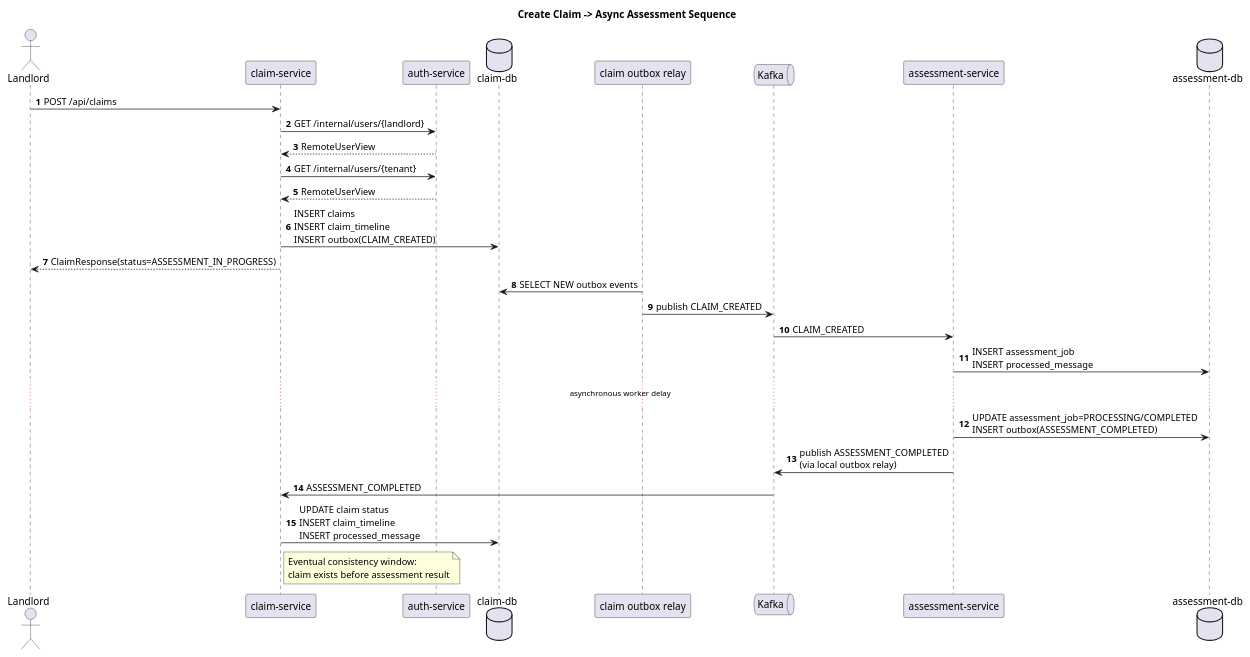
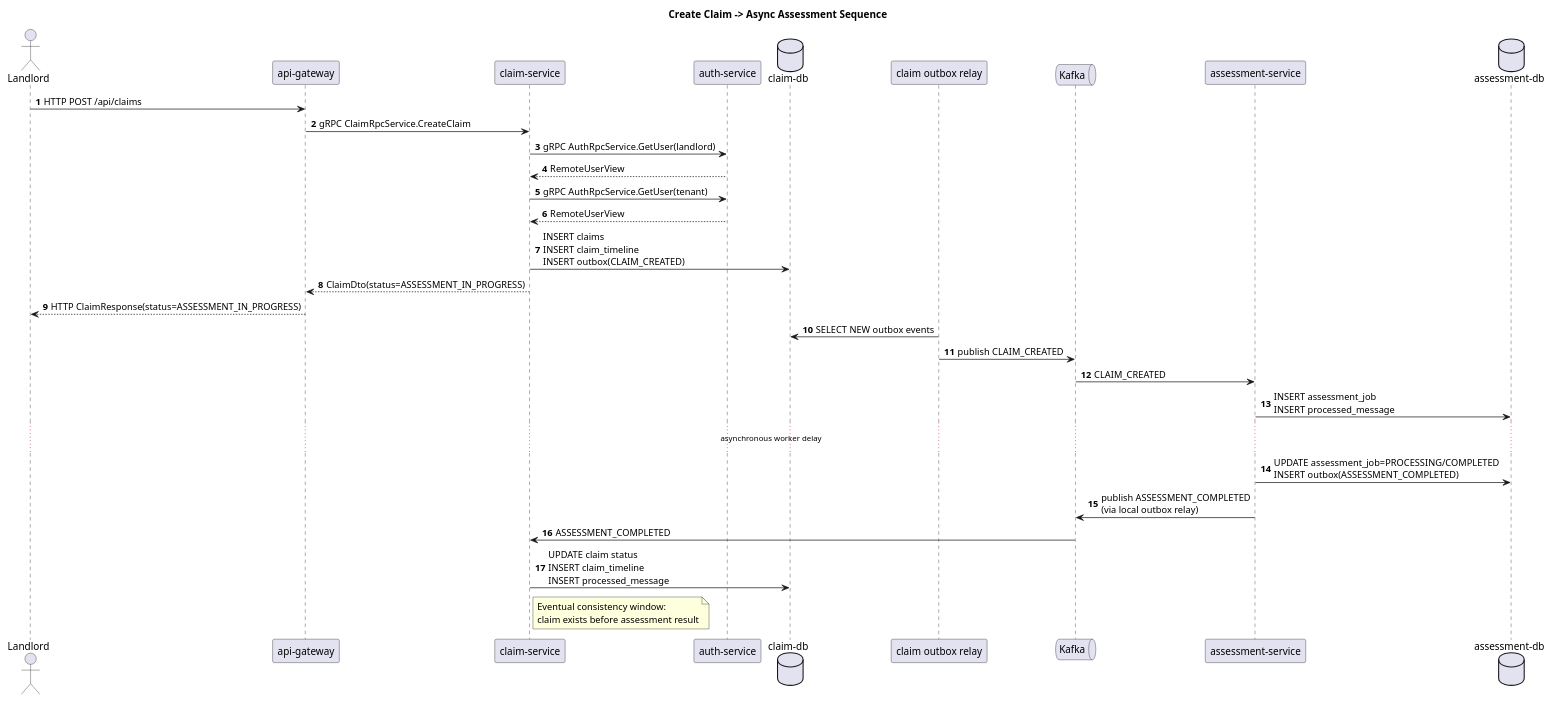
Before and after one commit to r4m63/blps-itmo: the diagram in docs/uml/create-claim-assessment-sequence.puml, drawn with PlantUML. The commit also changed 110 other files, not shown here.

```diff
--- a/docs/uml/create-claim-assessment-sequence.puml
+++ b/docs/uml/create-claim-assessment-sequence.puml
@@ -1,42 +1,45 @@
 @startuml
 title Create Claim -> Async Assessment Sequence
 
 autonumber
 skinparam shadowing false
 
 actor Landlord
+participant "api-gateway" as Gateway
 participant "claim-service" as Claim
 participant "auth-service" as Auth
 database "claim-db" as ClaimDB
 participant "claim outbox relay" as ClaimRelay
 queue "Kafka" as Kafka
 participant "assessment-service" as Assessment
 database "assessment-db" as AssessmentDB
 
-Landlord -> Claim : POST /api/claims
-Claim -> Auth : GET /internal/users/{landlord}
+Landlord -> Gateway : HTTP POST /api/claims
+Gateway -> Claim : gRPC ClaimRpcService.CreateClaim
+Claim -> Auth : gRPC AuthRpcService.GetUser(landlord)
 Auth --> Claim : RemoteUserView
-Claim -> Auth : GET /internal/users/{tenant}
+Claim -> Auth : gRPC AuthRpcService.GetUser(tenant)
 Auth --> Claim : RemoteUserView
 Claim -> ClaimDB : INSERT claims\nINSERT claim_timeline\nINSERT outbox(CLAIM_CREATED)
-Claim --> Landlord : ClaimResponse(status=ASSESSMENT_IN_PROGRESS)
+Claim --> Gateway : ClaimDto(status=ASSESSMENT_IN_PROGRESS)
+Gateway --> Landlord : HTTP ClaimResponse(status=ASSESSMENT_IN_PROGRESS)
 
 ClaimRelay -> ClaimDB : SELECT NEW outbox events
 ClaimRelay -> Kafka : publish CLAIM_CREATED
 
 Kafka -> Assessment : CLAIM_CREATED
 Assessment -> AssessmentDB : INSERT assessment_job\nINSERT processed_message
 
 ... asynchronous worker delay ...
 
 Assessment -> AssessmentDB : UPDATE assessment_job=PROCESSING/COMPLETED\nINSERT outbox(ASSESSMENT_COMPLETED)
 Assessment -> Kafka : publish ASSESSMENT_COMPLETED\n(via local outbox relay)
 Kafka -> Claim : ASSESSMENT_COMPLETED
 Claim -> ClaimDB : UPDATE claim status\nINSERT claim_timeline\nINSERT processed_message
 
 note right of Claim
   Eventual consistency window:
   claim exists before assessment result
 end note
 
 @enduml
```
